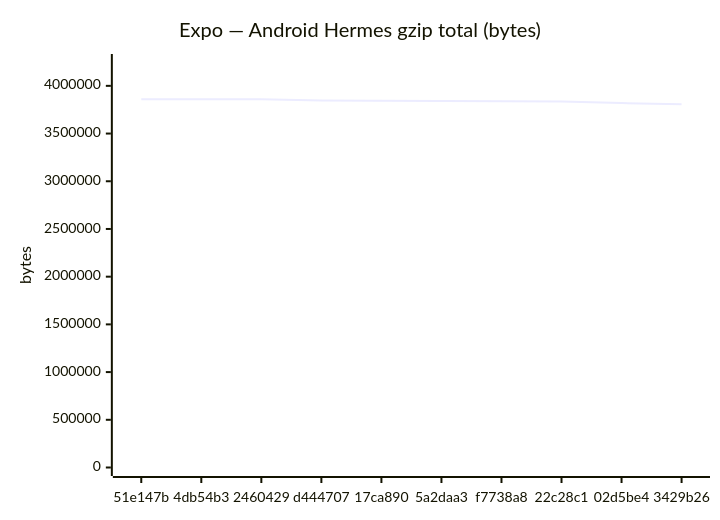
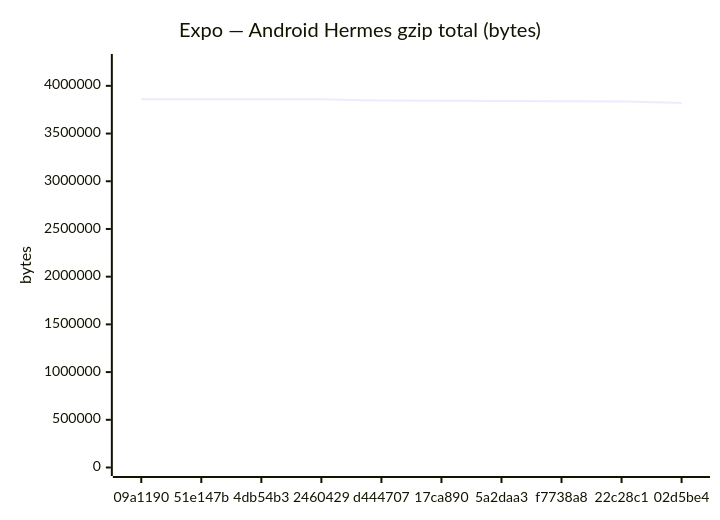
The fifth of 18 diagrams in benchmarks/compare.md (Metaheurist/Rianell), drawn with Mermaid before and after one commit. The commit also changed other lines of this file and 11 other files, not shown here.

````diff
--- a/benchmarks/compare.md
+++ b/benchmarks/compare.md
@@ -89,7 +89,7 @@
 ```mermaid
 xychart-beta
     title "Expo — Android Hermes gzip total (bytes)"
-    x-axis ["51e147b", "4db54b3", "2460429", "d444707", "17ca890", "5a2daa3", "f7738a8", "22c28c1", "02d5be4", "3429b26"]
+    x-axis ["09a1190", "51e147b", "4db54b3", "2460429", "d444707", "17ca890", "5a2daa3", "f7738a8", "22c28c1", "02d5be4"]
     y-axis "bytes" 0 --> 4244641
-    line [3858763, 3858762, 3858764, 3845905, 3843474, 3841087, 3837618, 3836645, 3819535, 3807947]
+    line [3858763, 3858763, 3858762, 3858764, 3845905, 3843474, 3841087, 3837618, 3836645, 3819535]
 ```
````
